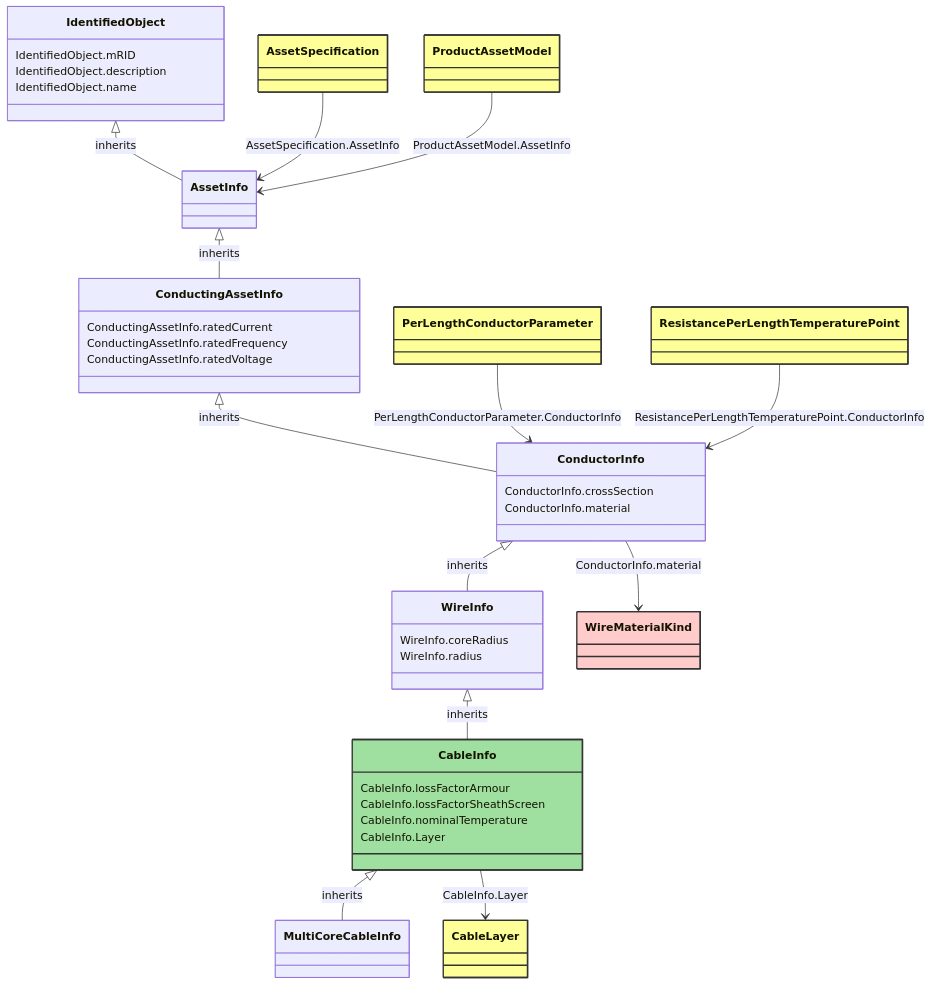
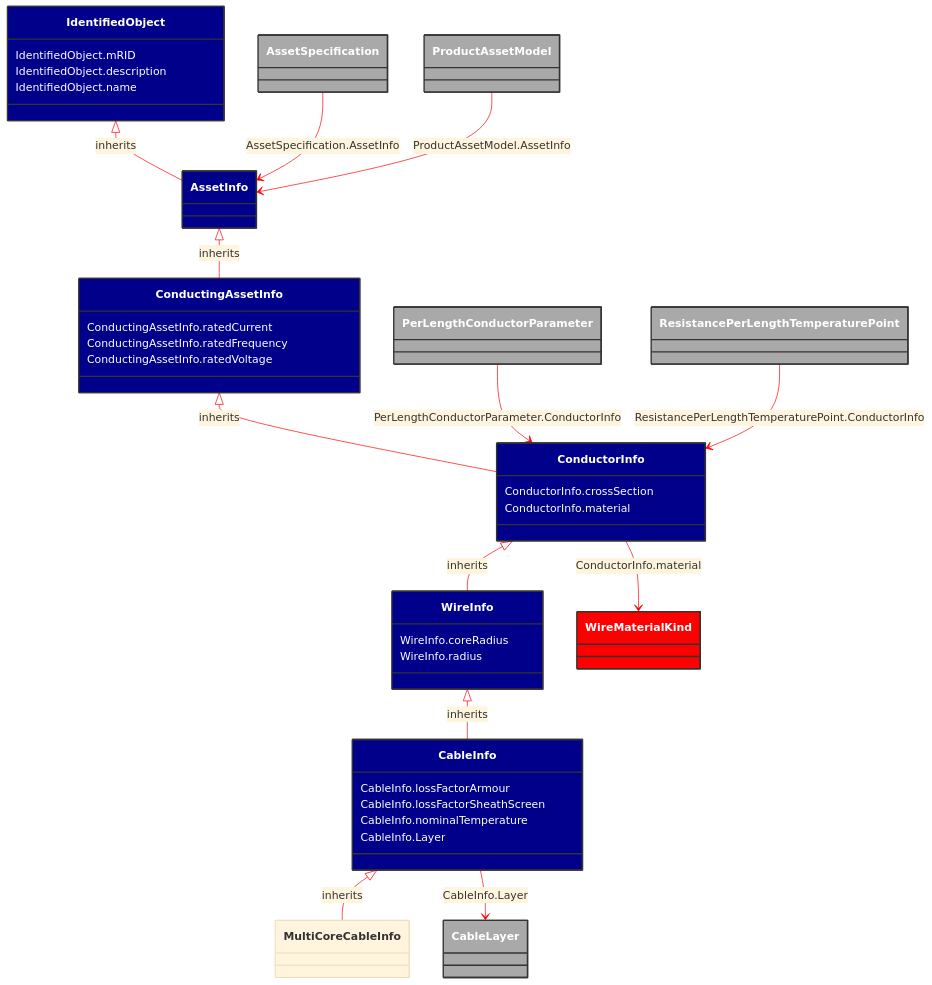
The diagram in docs/Models/Profiles/SubseaCableInfo/ConcreteClasses/CableInfo.md (3lbits/NoCIMExtensions), drawn with Mermaid before and after one commit. The commit also changed 58 other files, not shown here.

````diff
--- a/docs/Models/Profiles/SubseaCableInfo/ConcreteClasses/CableInfo.md
+++ b/docs/Models/Profiles/SubseaCableInfo/ConcreteClasses/CableInfo.md
@@ -8,72 +8,73 @@
 ```mermaid
+%%{init: {'theme':'base','themeVariables': {'lineColor': '#FF0000'}}}%%
 classDiagram
     class CableInfo
     click CableInfo href "/Models/Profiles/SubseaCableInfo/ConcreteClasses/CableInfo/"
-    style CableInfo fill:#9fdf9f,stroke:#333,stroke-width:2px,rx:10,ry:10
+    style CableInfo fill:#006400,stroke:#333,stroke-width:2px,rx:10,ry:10,color:white
 
         CableInfo <|-- MultiCoreCableInfo : inherits
             click CableInfo href "/Models/Profiles/SubseaCableInfo/ConcreteClasses/CableInfo/"
-            style CableInfo rx:10,ry:10
+            style CableInfo fill:#00008B,stroke:#333,stroke-width:2px,rx:10,ry:10,color:white
 
         MultiCoreCableInfo
             click MultiCoreCableInfo href "/Models/Profiles/SubseaCableInfo/ConcreteClasses/MultiCoreCableInfo/"
-            style MultiCoreCableInfo rx:10,ry:10
+            style CableInfo fill:#00008B,stroke:#333,stroke-width:2px,rx:10,ry:10,color:white
 
         WireInfo <|-- CableInfo : inherits
             click WireInfo href "/Models/Profiles/SubseaCableInfo/AbstractClasses/WireInfo/"
-            style WireInfo rx:10,ry:10
+            style WireInfo fill:#00008B,stroke:#333,stroke-width:2px,rx:10,ry:10,color:white
 
         ConductorInfo <|-- WireInfo : inherits
             click ConductorInfo href "/Models/Profiles/SubseaCableInfo/AbstractClasses/ConductorInfo/"
-            style ConductorInfo rx:10,ry:10
+            style ConductorInfo fill:#00008B,stroke:#333,stroke-width:2px,rx:10,ry:10,color:white
 
         ConductingAssetInfo <|-- ConductorInfo : inherits
             click ConductingAssetInfo href "/Models/Profiles/SubseaCableInfo/AbstractClasses/ConductingAssetInfo/"
-            style ConductingAssetInfo rx:10,ry:10
+            style ConductingAssetInfo fill:#00008B,stroke:#333,stroke-width:2px,rx:10,ry:10,color:white
 
         AssetInfo <|-- ConductingAssetInfo : inherits
             click AssetInfo href "/Models/Profiles/SubseaCableInfo/AbstractClasses/AssetInfo/"
-            style AssetInfo rx:10,ry:10
+            style AssetInfo fill:#00008B,stroke:#333,stroke-width:2px,rx:10,ry:10,color:white
 
         IdentifiedObject <|-- AssetInfo : inherits
             click IdentifiedObject href "/Models/Profiles/SubseaCableInfo/AbstractClasses/IdentifiedObject/"
-            style IdentifiedObject rx:10,ry:10
+            style IdentifiedObject fill:#00008B,stroke:#333,stroke-width:2px,rx:10,ry:10,color:white
 
         CableInfo --> CableLayer : CableInfo.Layer
 
         CableLayer
             click CableLayer href "/Models/Profiles/SubseaCableInfo/AbstractClasses/CableLayer/"
-            style CableLayer fill:#ffff99,stroke:#333,stroke-width:2px,rx:10,ry:10
+            style CableLayer fill:#A9A9A9,stroke:#333,stroke-width:2px,rx:10,ry:10,color:white
 
         AssetSpecification --> AssetInfo : AssetSpecification.AssetInfo
 
         AssetSpecification
             click AssetSpecification href "/Models/Profiles/SubseaCableInfo/ConcreteClasses/AssetSpecification/"
-            style AssetSpecification fill:#ffff99,stroke:#333,stroke-width:2px,rx:10,ry:10
+            style AssetSpecification fill:#A9A9A9,stroke:#333,stroke-width:2px,rx:10,ry:10,color:white
 
         PerLengthConductorParameter --> ConductorInfo : PerLengthConductorParameter.ConductorInfo
 
         PerLengthConductorParameter
             click PerLengthConductorParameter href "/Models/Profiles/SubseaCableInfo/AbstractClasses/PerLengthConductorParameter/"
-            style PerLengthConductorParameter fill:#ffff99,stroke:#333,stroke-width:2px,rx:10,ry:10
+            style PerLengthConductorParameter fill:#A9A9A9,stroke:#333,stroke-width:2px,rx:10,ry:10,color:white
 
         ProductAssetModel --> AssetInfo : ProductAssetModel.AssetInfo
 
         ProductAssetModel
             click ProductAssetModel href "/Models/Profiles/SubseaCableInfo/ConcreteClasses/ProductAssetModel/"
-            style ProductAssetModel fill:#ffff99,stroke:#333,stroke-width:2px,rx:10,ry:10
+            style ProductAssetModel fill:#A9A9A9,stroke:#333,stroke-width:2px,rx:10,ry:10,color:white
 
         ResistancePerLengthTemperaturePoint --> ConductorInfo : ResistancePerLengthTemperaturePoint.ConductorInfo
 
         ResistancePerLengthTemperaturePoint
             click ResistancePerLengthTemperaturePoint href "/Models/Profiles/SubseaCableInfo/ConcreteClasses/ResistancePerLengthTemperaturePoint/"
-            style ResistancePerLengthTemperaturePoint fill:#ffff99,stroke:#333,stroke-width:2px,rx:10,ry:10
+            style ResistancePerLengthTemperaturePoint fill:#A9A9A9,stroke:#333,stroke-width:2px,rx:10,ry:10,color:white
 
         ConductorInfo --> WireMaterialKind : ConductorInfo.material
 
         WireMaterialKind
             click WireMaterialKind href "/Models/Profiles/SubseaCableInfo/Enumerations/WireMaterialKind/"
-            style WireMaterialKind fill:#FFCCCB,stroke:#333,stroke-width:2px,rx:10,ry:10
+            style WireMaterialKind fill:#FF0000,stroke:#333,stroke-width:2px,rx:10,ry:10,color:white
 
         CableInfo : CableInfo.lossFactorArmour
         CableInfo : CableInfo.lossFactorSheathScreen
````
